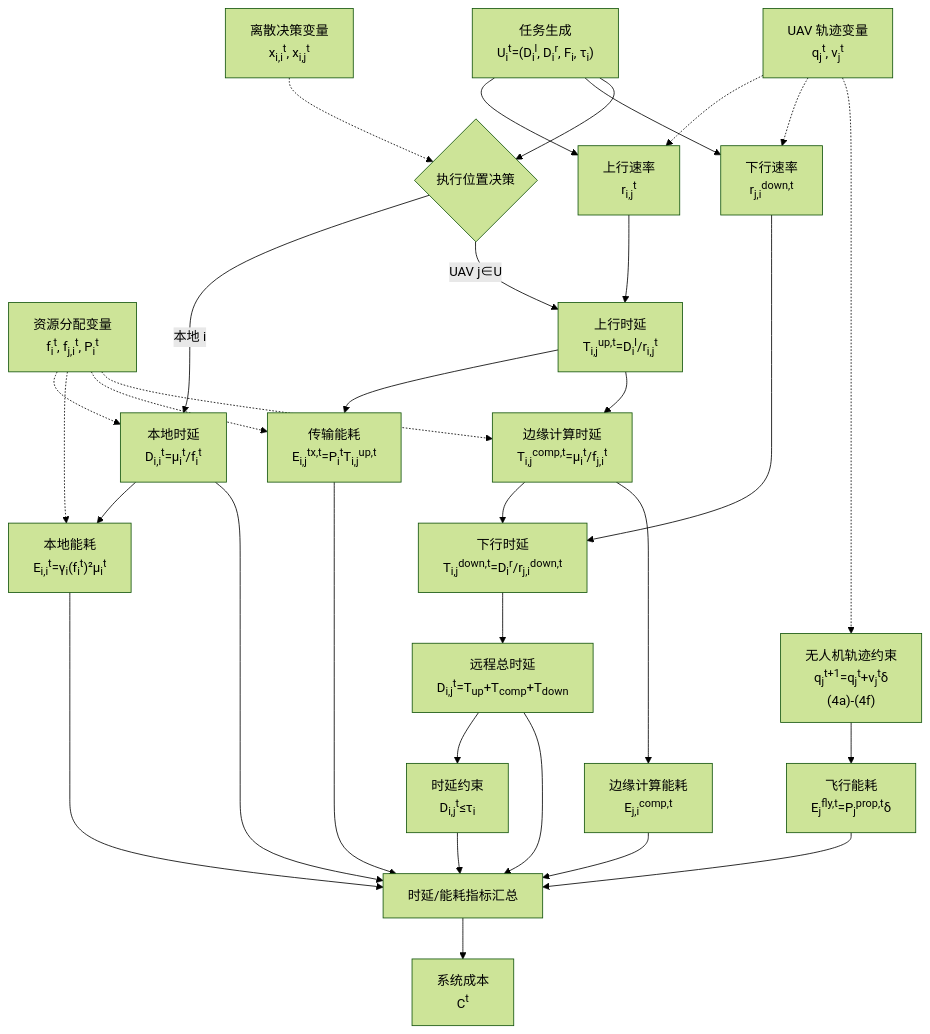
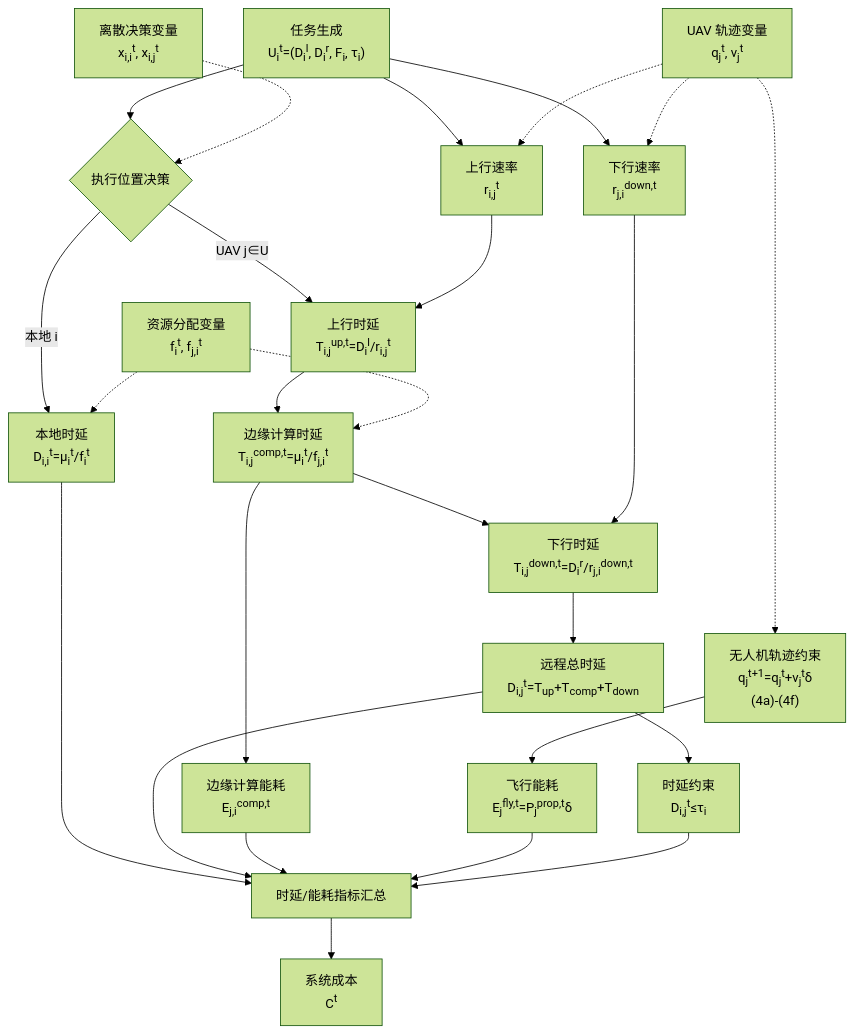
The diagram in 文档/公式.md (Daisy-1515/llm-guided-mod-optimization), drawn with Mermaid (forest theme) before and after one commit. The commit also changed other lines of this file, not shown here.

````diff
--- a/文档/公式.md
+++ b/文档/公式.md
@@ -334,51 +313,45 @@
 ```mermaid
 flowchart TD
     A["任务生成<br/>U<sub>i</sub><sup>t</sup>=(D<sub>i</sub><sup>l</sup>, D<sub>i</sub><sup>r</sup>, F<sub>i</sub>, τ<sub>i</sub>)"]
     B["上行速率<br/>r<sub>i,j</sub><sup>t</sup>"]
     B2["下行速率<br/>r<sub>j,i</sub><sup>down,t</sup>"]
     C{"执行位置决策"}
     X["离散决策变量<br/>x<sub>i,i</sub><sup>t</sup>, x<sub>i,j</sub><sup>t</sup>"]
-    Y["资源分配变量<br/>f<sub>i</sub><sup>t</sup>, f<sub>j,i</sub><sup>t</sup>, P<sub>i</sub><sup>t</sup>"]
+    Y["资源分配变量<br/>f<sub>i</sub><sup>t</sup>, f<sub>j,i</sub><sup>t</sup>"]
     Z["UAV 轨迹变量<br/>q<sub>j</sub><sup>t</sup>, v<sub>j</sub><sup>t</sup>"]
 
     A --> B
     A --> B2
     A --> C
     X -.-> C
     Z -.-> B
     Z -.-> B2
 
     C -->|本地 i| D["本地时延<br/>D<sub>i,i</sub><sup>t</sup>=μ<sub>i</sub><sup>t</sup>/f<sub>i</sub><sup>t</sup>"]
-    D --> F["本地能耗<br/>E<sub>i,i</sub><sup>t</sup>=γ<sub>i</sub>(f<sub>i</sub><sup>t</sup>)²μ<sub>i</sub><sup>t</sup>"]
 
     C -->|UAV j∈U| U1["上行时延<br/>T<sub>i,j</sub><sup>up,t</sup>=D<sub>i</sub><sup>l</sup>/r<sub>i,j</sub><sup>t</sup>"]
     B --> U1
-    U1 --> TX["传输能耗<br/>E<sub>i,j</sub><sup>tx,t</sup>=P<sub>i</sub><sup>t</sup>T<sub>i,j</sub><sup>up,t</sup>"]
     U1 --> U2["边缘计算时延<br/>T<sub>i,j</sub><sup>comp,t</sup>=μ<sub>i</sub><sup>t</sup>/f<sub>j,i</sub><sup>t</sup>"]
     Y -.-> D
-    Y -.-> F
-    Y -.-> TX
     Y -.-> U2
     U2 --> U3["下行时延<br/>T<sub>i,j</sub><sup>down,t</sup>=D<sub>i</sub><sup>r</sup>/r<sub>j,i</sub><sup>down,t</sup>"]
     B2 --> U3
 
     U3 --> R1["远程总时延<br/>D<sub>i,j</sub><sup>t</sup>=T<sub>up</sub>+T<sub>comp</sub>+T<sub>down</sub>"]
     R1 --> K["时延约束<br/>D<sub>i,j</sub><sup>t</sup>≤τ<sub>i</sub>"]
 
     U2 --> E["边缘计算能耗<br/>E<sub>j,i</sub><sup>comp,t</sup>"]
     H["无人机轨迹约束<br/>q<sub>j</sub><sup>t+1</sup>=q<sub>j</sub><sup>t</sup>+v<sub>j</sub><sup>t</sup>δ<br/>(4a)-(4f)"]
     G["飞行能耗<br/>E<sub>j</sub><sup>fly,t</sup>=P<sub>j</sub><sup>prop,t</sup>δ"]
 
     H --> G
     Z -.-> H
 
     D --> I["时延/能耗指标汇总"]
     R1 --> I
-    F --> I
-    TX --> I
     E --> I
     G --> I
     K --> I
 
     I --> J["系统成本<br/>C<sup>t</sup>"]
 ```
````
